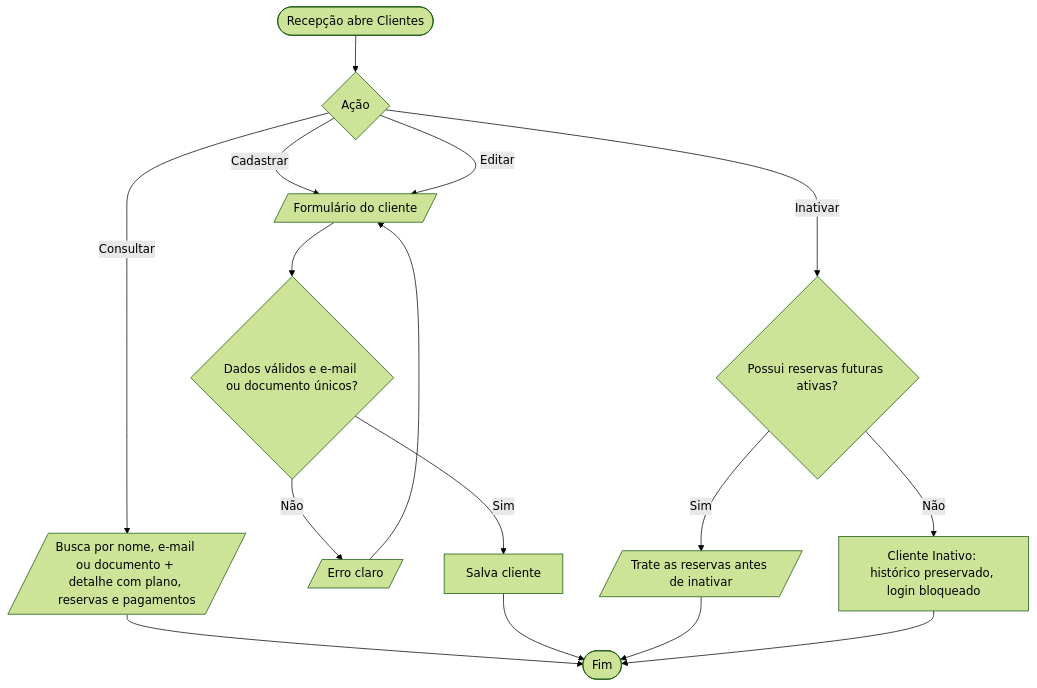
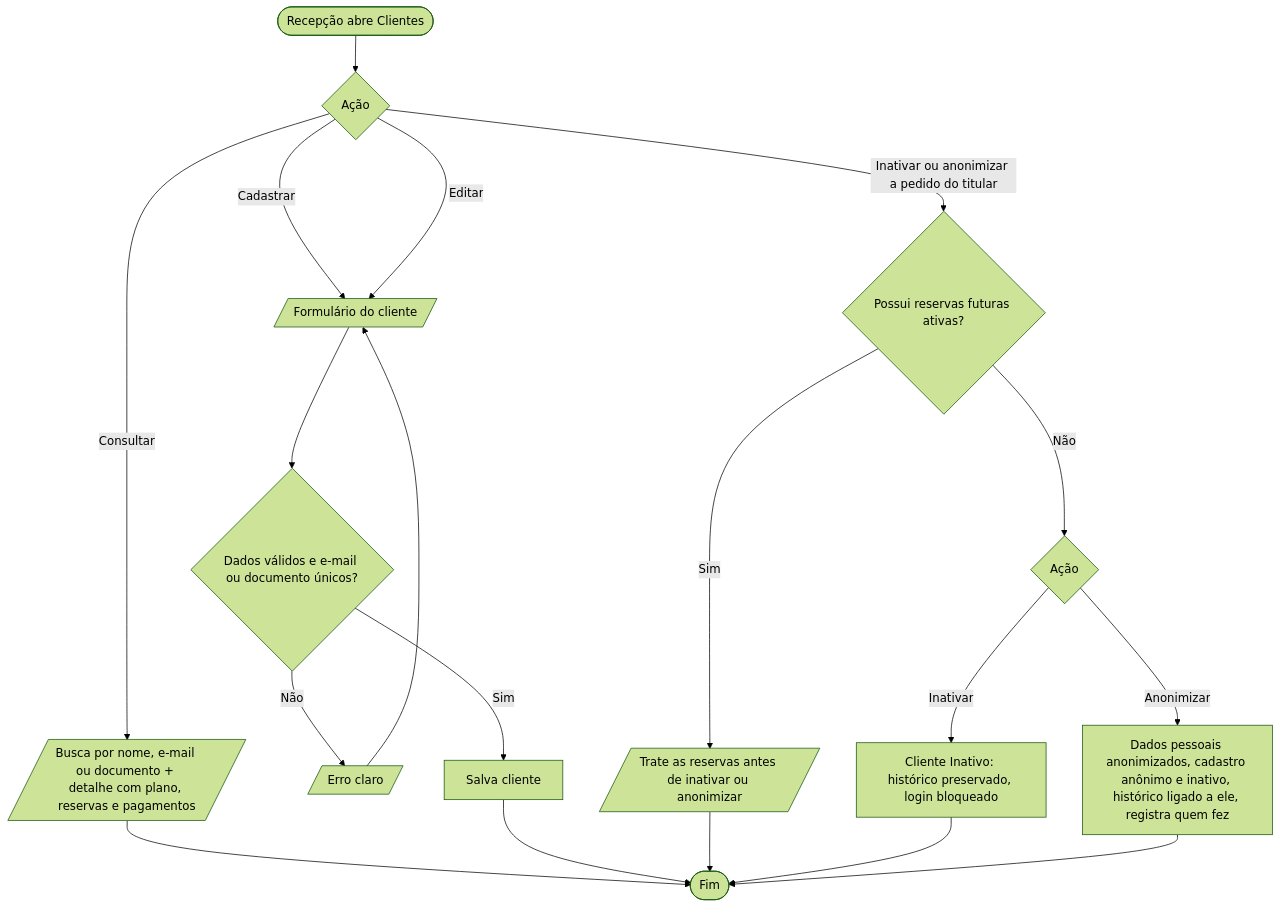
Diagram 11 of 14 in docs/specs/001-fluxos-reservas-hubbi/fluxos.md (HubbiCoworking/Hubbi), drawn with Mermaid (forest theme) before and after one commit. The commit also changed other lines of this file and 132 other files, not shown here.

````diff
--- a/docs/specs/001-fluxos-reservas-hubbi/fluxos.md
+++ b/docs/specs/001-fluxos-reservas-hubbi/fluxos.md
@@ -236,17 +247,20 @@
 ```mermaid
 flowchart TD
     A([Recepção abre Clientes]) --> B{Ação}
     B -- Consultar --> C[/Busca por nome, e-mail ou documento + detalhe com plano, reservas e pagamentos/]
     B -- Cadastrar --> D[/Formulário do cliente/]
     B -- Editar --> D
     D --> E{Dados válidos e e-mail ou documento únicos?}
     E -- Não --> E1[/Erro claro/] --> D
     E -- Sim --> F[Salva cliente]
-    B -- Inativar --> G{Possui reservas futuras ativas?}
-    G -- Sim --> G1[/Trate as reservas antes de inativar/]
-    G -- Não --> H[Cliente Inativo: histórico preservado, login bloqueado]
+    B -- Inativar ou anonimizar a pedido do titular --> G{Possui reservas futuras ativas?}
+    G -- Sim --> G1[/Trate as reservas antes de inativar ou anonimizar/]
+    G -- Não --> G2{Ação}
+    G2 -- Inativar --> H[Cliente Inativo: histórico preservado, login bloqueado]
+    G2 -- Anonimizar --> H1[Dados pessoais anonimizados, cadastro anônimo e inativo, histórico ligado a ele, registra quem fez]
     C --> Z([Fim])
     F --> Z
     G1 --> Z
     H --> Z
+    H1 --> Z
 ```
````
